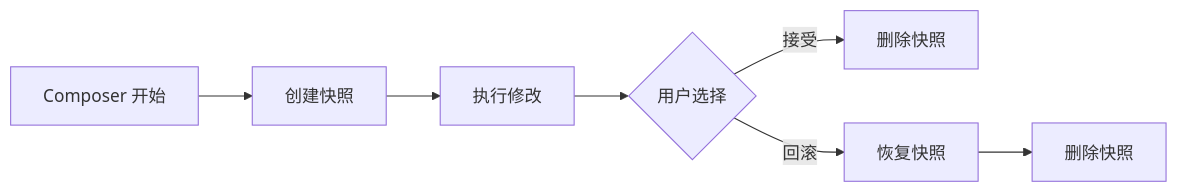
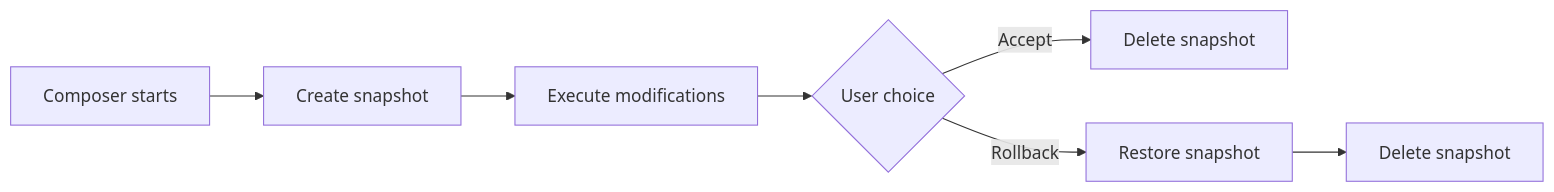
One commit to DDR187/cursor-howto changed the fifth of 6 diagrams in 05-composer/README.md. Above: the diagram before and after it, drawn with Mermaid. The commit also changed other lines of this file and 22 other files, not shown here.

````diff
--- a/05-composer/README.md
+++ b/05-composer/README.md
@@ -206,9 +206,9 @@
 ```mermaid
 flowchart LR
-    A[Composer 开始] --> B[创建快照]
-    B --> C[执行修改]
-    C --> D{用户选择}
-    D -->|接受| E[删除快照]
-    D -->|回滚| F[恢复快照]
-    F --> G[删除快照]
+    A[Composer starts] --> B[Create snapshot]
+    B --> C[Execute modifications]
+    C --> D{User choice}
+    D -->|Accept| E[Delete snapshot]
+    D -->|Rollback| F[Restore snapshot]
+    F --> G[Delete snapshot]
 ```
````
